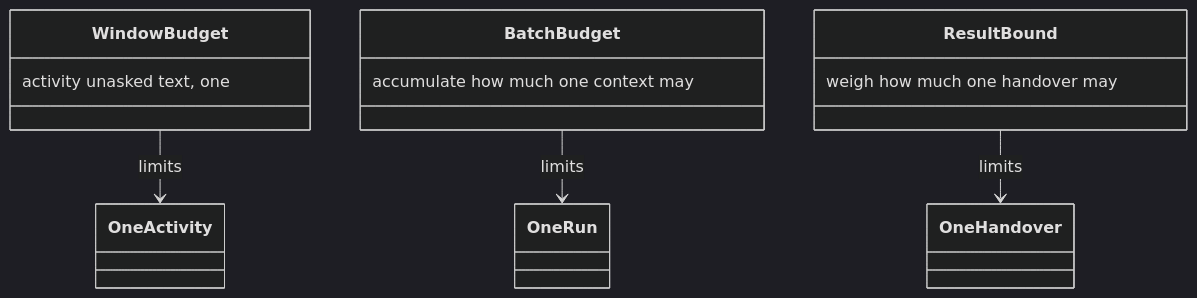
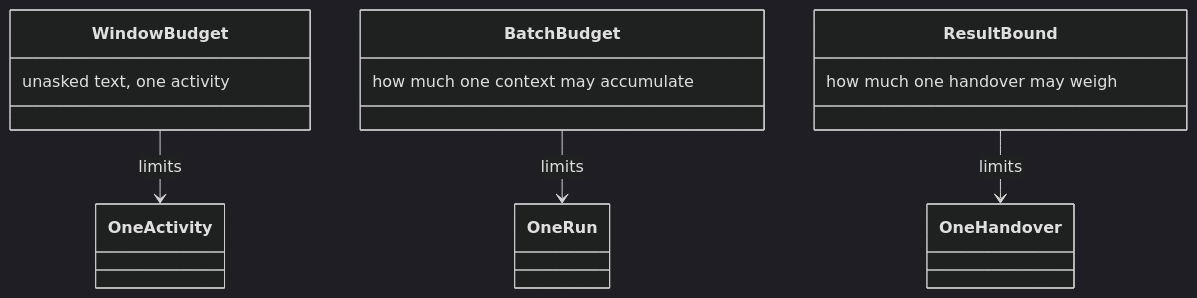
Before and after one commit to m2ux/workflow-server: diagram 12 of 26 in docs/delivery.md, drawn with Mermaid (dark theme). The commit also changed other lines of this file and 10 other files, not shown here.

Commit message:
Write each class-box note in reading order so the diagram shows the phrase as written.

````diff
--- a/docs/delivery.md
+++ b/docs/delivery.md
@@ -281,18 +281,18 @@
 ```mermaid
 classDiagram
   class WindowBudget {
-    activity unasked text, one
+    unasked text, one activity
   }
   class BatchBudget {
-    accumulate how much one context may
+    how much one context may accumulate
   }
   class ResultBound {
-    weigh how much one handover may
+    how much one handover may weigh
   }
   class OneActivity
   class OneRun
   class OneHandover
   WindowBudget --> OneActivity : limits
   BatchBudget --> OneRun : limits
   ResultBound --> OneHandover : limits
 ```
````
